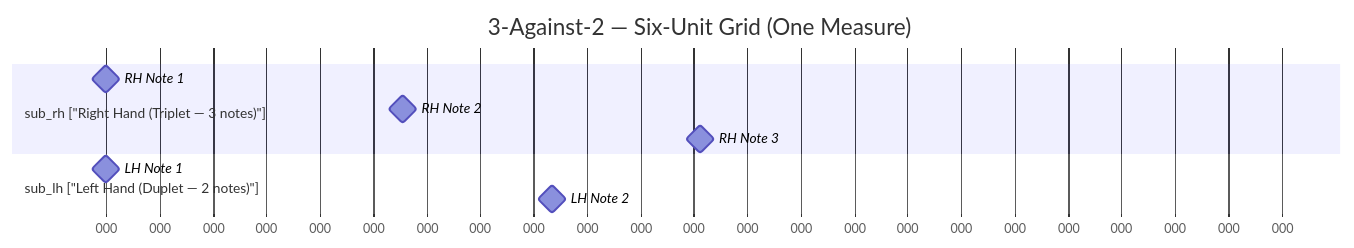
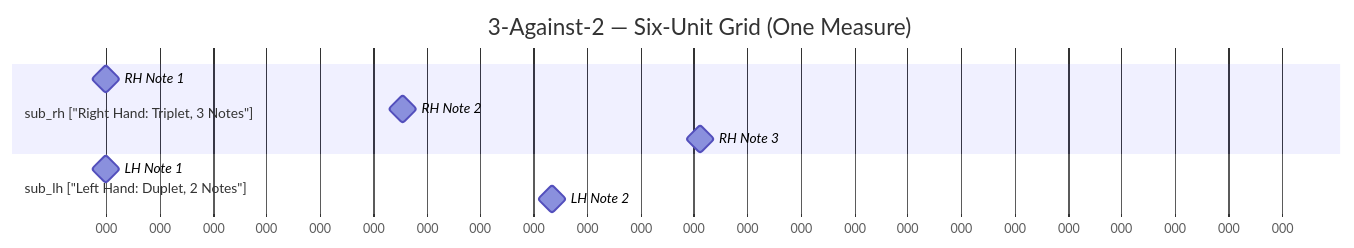
Before and after one commit to blebleblee/synapse: the third of 6 diagrams in topics/arts/music_performance/piano/labs.md, drawn with Mermaid. The commit also changed other lines of this file and 4 other files, not shown here.

````diff
--- a/topics/arts/music_performance/piano/labs.md
+++ b/topics/arts/music_performance/piano/labs.md
@@ -446,15 +401,15 @@
 ```mermaid
 gantt
     title 3-Against-2 — Six-Unit Grid (One Measure)
     dateFormat X
     axisFormat %L
 
-    section sub_rh ["Right Hand (Triplet — 3 notes)"]
-    RH Note 1   :milestone, 0, 0
-    RH Note 2   :milestone, 666, 666
-    RH Note 3   :milestone, 1333, 1333
+    section sub_rh ["Right Hand: Triplet, 3 Notes"]
+    RH Note 1 : milestone, 0, 0
+    RH Note 2 : milestone, 666, 666
+    RH Note 3 : milestone, 1333, 1333
 
-    section sub_lh ["Left Hand (Duplet — 2 notes)"]
-    LH Note 1   :milestone, 0, 0
-    LH Note 2   :milestone, 1000, 1000
+    section sub_lh ["Left Hand: Duplet, 2 Notes"]
+    LH Note 1 : milestone, 0, 0
+    LH Note 2 : milestone, 1000, 1000
 ```
````
